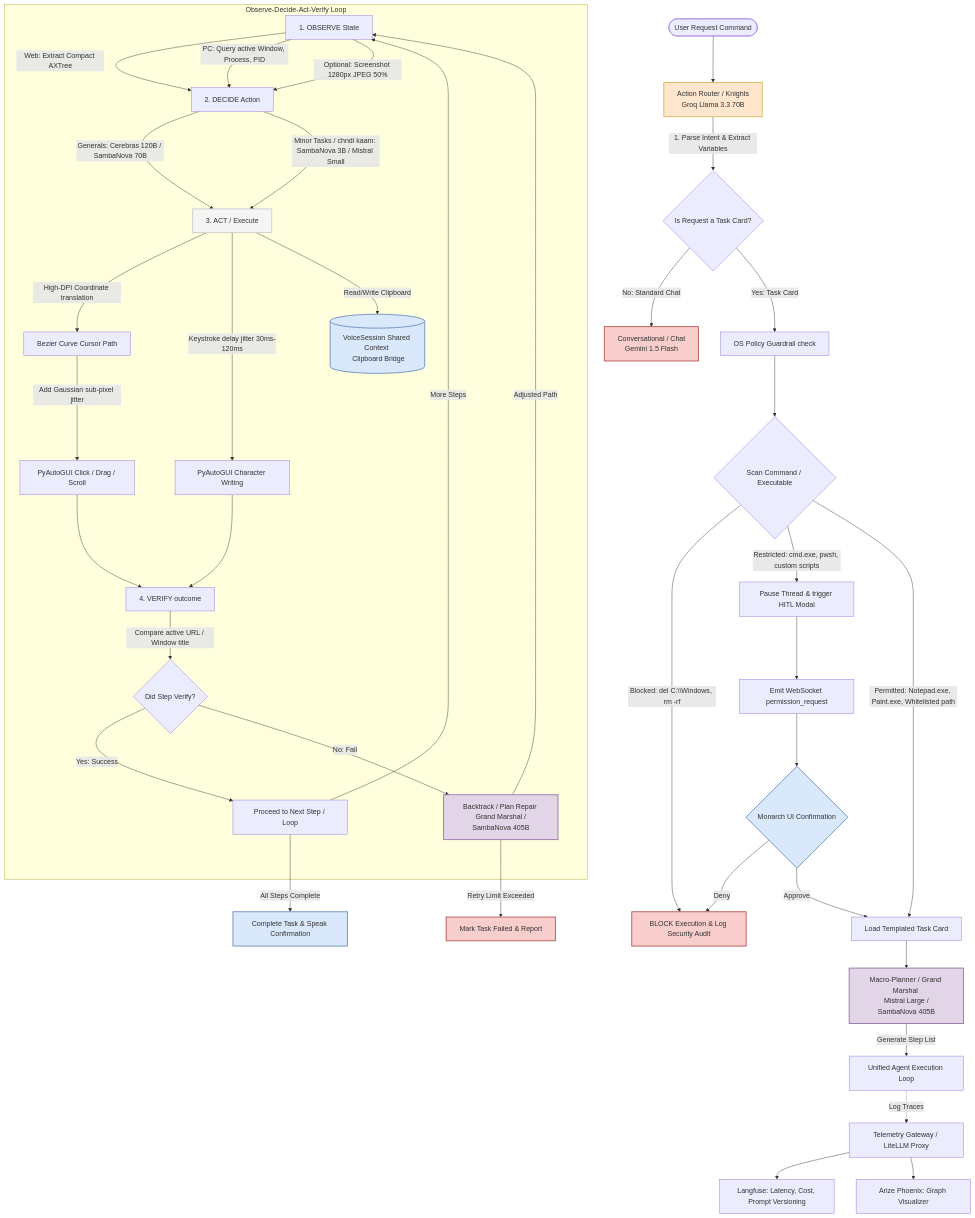
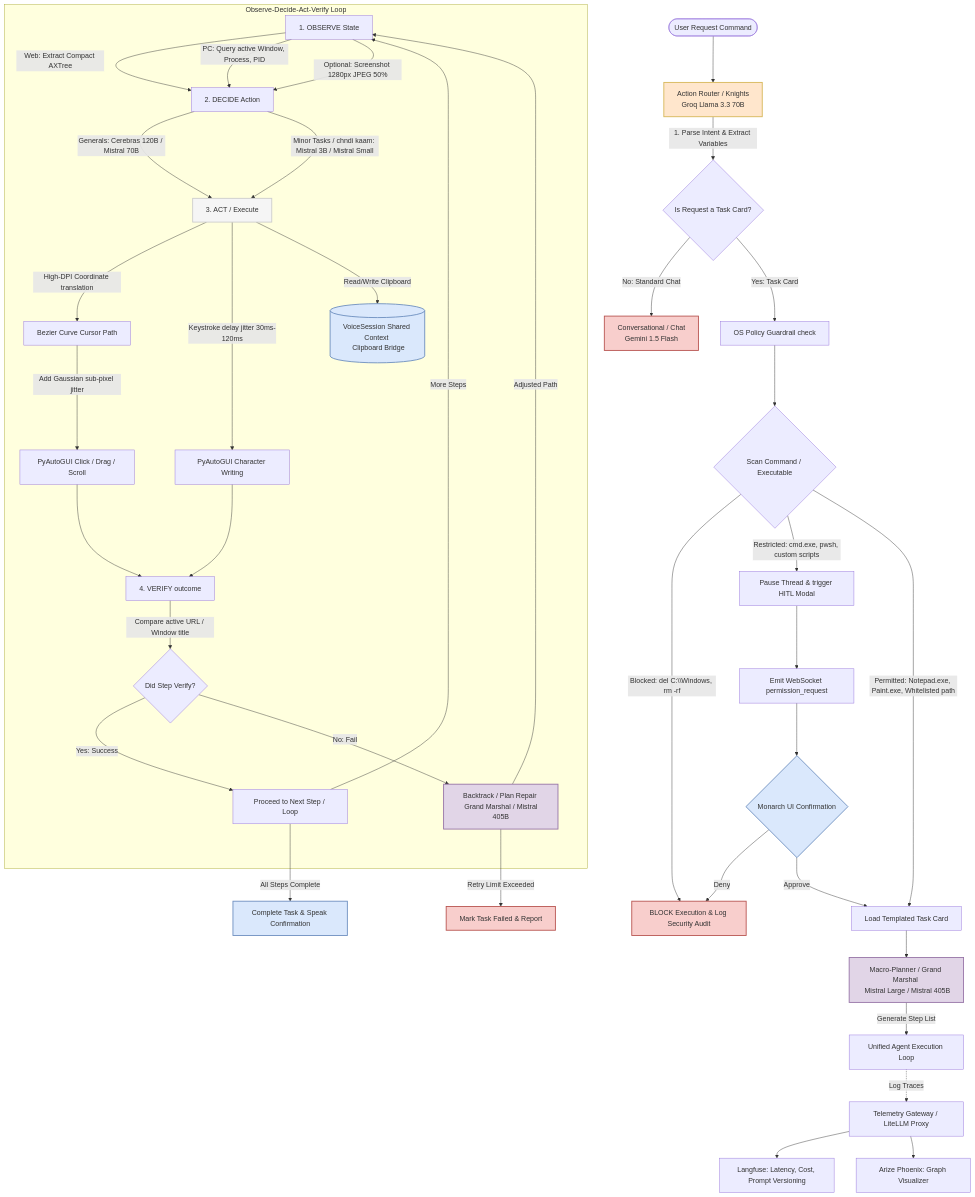
One commit to AniketShinde02/AI- changed the first of 2 diagrams in browser_agentic_strategy.md. Above: the diagram before and after it, drawn with Mermaid. The commit also changed 1004 other files, not shown here.

````diff
--- a/browser_agentic_strategy.md
+++ b/browser_agentic_strategy.md
@@ -326,71 +326,71 @@
 ```mermaid
 graph TD
     classDef monarch fill:#dae8fc,stroke:#6c8ebf,stroke-width:2px;
     classDef marshal fill:#e1d5e7,stroke:#9673a6,stroke-width:2px;
     classDef general fill:#d5e8d4,stroke:#82b366,stroke-width:2px;
     classDef knight fill:#ffe6cc,stroke:#d6b656,stroke-width:2px;
     classDef eye fill:#f8cecc,stroke:#b85450,stroke-width:2px;
     classDef soldier fill:#f5f5f5,stroke:#cccccc,stroke-width:2px;
     
     %% Start Flow
     Start([User Request Command]) --> Router[Action Router / Knights <br/> Groq Llama 3.3 70B]:::knight
     
     %% Intent Classification
     Router -->|1. Parse Intent & Extract Variables| IntentCheck{Is Request a Task Card?}
     
     %% Routing Paths
     IntentCheck -->|No: Standard Chat| ChatModel[Conversational / Chat <br/> Gemini 1.5 Flash]:::eye
     IntentCheck -->|Yes: Task Card| GuardrailCheck[OS Policy Guardrail check]
     
     %% Guardrail logic
     GuardrailCheck --> ScanCommand{Scan Command / Executable}
     ScanCommand -->|Blocked: del C:\\Windows, rm -rf| Terminate[BLOCK Execution & Log Security Audit]:::eye
     ScanCommand -->|Restricted: cmd.exe, pwsh, custom scripts| HITLGate[Pause Thread & trigger HITL Modal]
     ScanCommand -->|Permitted: Notepad.exe, Paint.exe, Whitelisted path| LoadCard[Load Templated Task Card]
     
     %% HITL flow
     HITLGate --> WebSocketSend[Emit WebSocket permission_request]
     WebSocketSend --> UserApprove{Monarch UI Confirmation}:::monarch
     UserApprove -->|Deny| Terminate
     UserApprove -->|Approve| LoadCard
     
     %% Executor and Planner
-    LoadCard --> Planner[Macro-Planner / Grand Marshal <br/> Mistral Large / SambaNova 405B]:::marshal
+    LoadCard --> Planner[Macro-Planner / Grand Marshal <br/> Mistral Large / Mistral 405B]:::marshal
     Planner -->|Generate Step List| ExecutionLoop[Unified Agent Execution Loop]
     
     %% Observe-Decide-Act-Verify Loop
     subgraph Observe-Decide-Act-Verify Loop
         Obs[1. OBSERVE State] -->|Web: Extract Compact AXTree| Dec[2. DECIDE Action]
         Obs -->|PC: Query active Window, Process, PID| Dec
         Obs -->|Optional: Screenshot 1280px JPEG 50%| Dec
         
-        Dec -->|Generals: Cerebras 120B / SambaNova 70B| Act[3. ACT / Execute]:::general
-        Dec -->|Minor Tasks / chndi kaam: SambaNova 3B / Mistral Small| Act:::soldier
+        Dec -->|Generals: Cerebras 120B / Mistral 70B| Act[3. ACT / Execute]:::general
+        Dec -->|Minor Tasks / chndi kaam: Mistral 3B / Mistral Small| Act:::soldier
         
         %% Humanization Layer
         Act -->|High-DPI Coordinate translation| MouseTrack[Bezier Curve Cursor Path]
         MouseTrack -->|Add Gaussian sub-pixel jitter| RealClick[PyAutoGUI Click / Drag / Scroll]
         Act -->|Keystroke delay jitter 30ms-120ms| RealType[PyAutoGUI Character Writing]
         
         %% Clipboard persistence bridge
         Act -->|Read/Write Clipboard| ClipboardBridge[(VoiceSession Shared Context <br/> Clipboard Bridge)]:::monarch
         
         RealClick --> Ver[4. VERIFY outcome]
         RealType --> Ver
         
         Ver -->|Compare active URL / Window title| OutcomeCheck{Did Step Verify?}
         OutcomeCheck -->|Yes: Success| NextStep[Proceed to Next Step / Loop]
-        OutcomeCheck -->|No: Fail| Backtrack[Backtrack / Plan Repair <br/> Grand Marshal / SambaNova 405B]:::marshal
+        OutcomeCheck -->|No: Fail| Backtrack[Backtrack / Plan Repair <br/> Grand Marshal / Mistral 405B]:::marshal
     end
     
     %% Loop progression
     NextStep -->|More Steps| Obs
     NextStep -->|All Steps Complete| Done[Complete Task & Speak Confirmation]:::monarch
     Backtrack -->|Retry Limit Exceeded| Fail[Mark Task Failed & Report]:::eye
     Backtrack -->|Adjusted Path| Obs
     
     %% Telemetry Layer
     UnifiedTelemetry[Telemetry Gateway / LiteLLM Proxy] --> Langfuse[Langfuse: Latency, Cost, Prompt Versioning]
     UnifiedTelemetry --> Phoenix[Arize Phoenix: Graph Visualizer]
     ExecutionLoop -.->|Log Traces| UnifiedTelemetry
 ```
````
